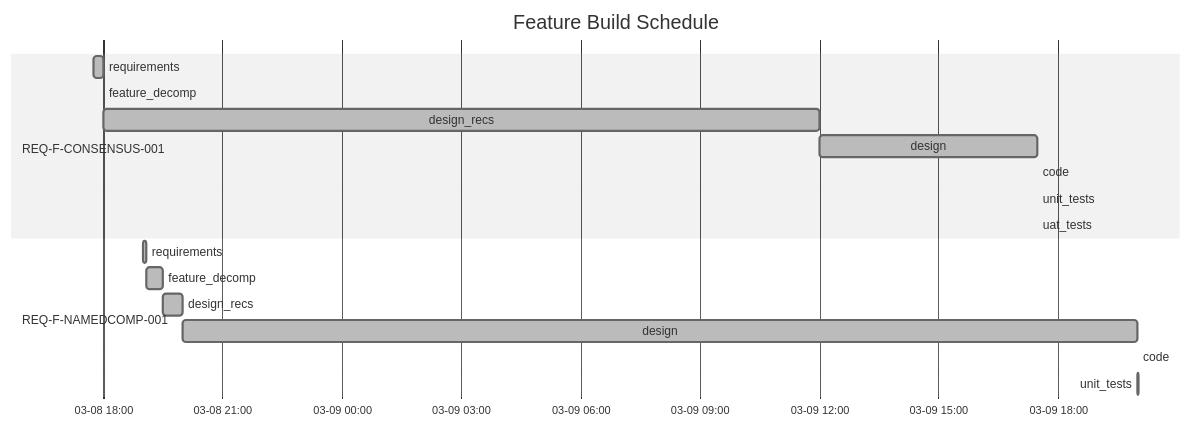
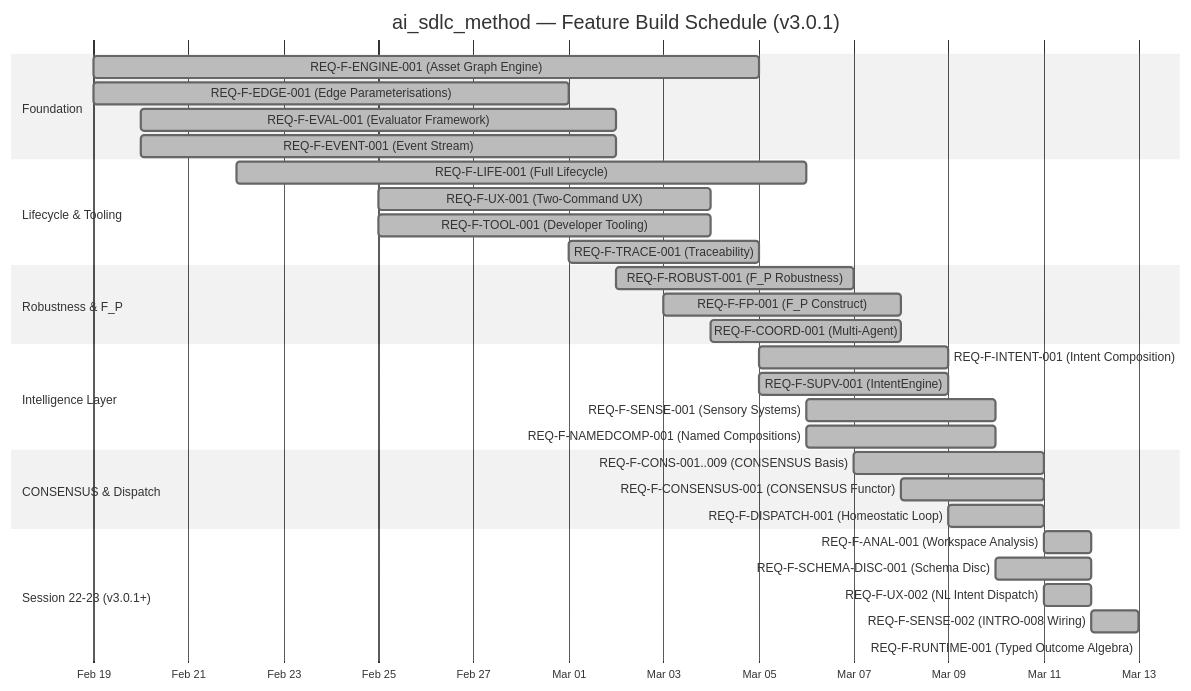
The diagram in .ai-workspace/STATUS.md (foolishimp/ai_sdlc_method), drawn with Mermaid (neutral theme) before and after one commit. The commit also changed other lines of this file and 12 other files, not shown here.

First line of the commit message:
release(v3.0.3): typed outcome algebra — all 34 features converged, 89/89 REQ keys

````diff
--- a/.ai-workspace/STATUS.md
+++ b/.ai-workspace/STATUS.md
@@ -19,23 +8,41 @@
 ```mermaid
 gantt
-    title Feature Build Schedule
-    dateFormat YYYY-MM-DD HH:mm
-    axisFormat %m-%d %H:%M
+    title ai_sdlc_method — Feature Build Schedule (v3.0.1)
+    dateFormat YYYY-MM-DD
+    axisFormat %b %d
 
-    section REQ-F-CONSENSUS-001
-    requirements     :done, cons-req, 2026-03-08 17:45, 2026-03-08 18:00
-    feature_decomp   :done, cons-fd,  after cons-req, 2026-03-08 18:00
-    design_recs      :done, cons-dr,  after cons-fd,  2026-03-09 12:00
-    design           :done, cons-des, after cons-dr,  2026-03-09 17:30
-    code             :done, cons-cod, after cons-des, 2026-03-09 17:30
-    unit_tests       :done, cons-tst, after cons-des, 2026-03-09 17:30
-    uat_tests        :done, cons-uat, after cons-cod, 2026-03-09 17:30
+    section Foundation
+    REQ-F-ENGINE-001 (Asset Graph Engine)    :done, eng, 2026-02-19, 2026-03-05
+    REQ-F-EDGE-001 (Edge Parameterisations)  :done, edge, 2026-02-19, 2026-03-01
+    REQ-F-EVAL-001 (Evaluator Framework)     :done, eval, 2026-02-20, 2026-03-02
+    REQ-F-EVENT-001 (Event Stream)           :done, evt, 2026-02-20, 2026-03-02
 
-    section REQ-F-NAMEDCOMP-001
-    requirements     :done, nc-req, 2026-03-08 19:00, 2026-03-08 19:05
-    feature_decomp   :done, nc-fd,  after nc-req, 2026-03-08 19:30
-    design_recs      :done, nc-dr,  after nc-fd,  2026-03-08 20:00
-    design           :done, nc-des, after nc-dr,  2026-03-09 20:00
-    code             :done, nc-cod, after nc-des, 2026-03-09 20:01
-    unit_tests       :done, nc-tst, after nc-des, 2026-03-09 20:02
+    section Lifecycle & Tooling
+    REQ-F-LIFE-001 (Full Lifecycle)          :done, life, 2026-02-22, 2026-03-06
+    REQ-F-UX-001 (Two-Command UX)            :done, ux1, 2026-02-25, 2026-03-04
+    REQ-F-TOOL-001 (Developer Tooling)       :done, tool, 2026-02-25, 2026-03-04
+    REQ-F-TRACE-001 (Traceability)           :done, trace, 2026-03-01, 2026-03-05
+
+    section Robustness & F_P
+    REQ-F-ROBUST-001 (F_P Robustness)        :done, rob, 2026-03-02, 2026-03-07
+    REQ-F-FP-001 (F_P Construct)             :done, fp, 2026-03-03, 2026-03-08
+    REQ-F-COORD-001 (Multi-Agent)            :done, coord, 2026-03-04, 2026-03-08
+
+    section Intelligence Layer
+    REQ-F-INTENT-001 (Intent Composition)    :done, intent, 2026-03-05, 2026-03-09
+    REQ-F-SUPV-001 (IntentEngine)            :done, supv, 2026-03-05, 2026-03-09
+    REQ-F-SENSE-001 (Sensory Systems)        :done, sense1, 2026-03-06, 2026-03-10
+    REQ-F-NAMEDCOMP-001 (Named Compositions) :done, nc, 2026-03-06, 2026-03-10
+
+    section CONSENSUS & Dispatch
+    REQ-F-CONS-001..009 (CONSENSUS Basis)    :done, cons, 2026-03-07, 2026-03-11
+    REQ-F-CONSENSUS-001 (CONSENSUS Functor)  :done, cfunc, 2026-03-08, 2026-03-11
+    REQ-F-DISPATCH-001 (Homeostatic Loop)    :done, disp, 2026-03-09, 2026-03-11
+
+    section Session 22-23 (v3.0.1+)
+    REQ-F-ANAL-001 (Workspace Analysis)      :done, anal, 2026-03-11, 2026-03-12
+    REQ-F-SCHEMA-DISC-001 (Schema Disc)      :done, schema, 2026-03-10, 2026-03-12
+    REQ-F-UX-002 (NL Intent Dispatch)        :done, ux2, 2026-03-11, 2026-03-12
+    REQ-F-SENSE-002 (INTRO-008 Wiring)       :done, sense2, 2026-03-12, 2026-03-13
+    REQ-F-RUNTIME-001 (Typed Outcome Algebra):done, runtime, 2026-03-13, 2026-03-13
 ```
````
